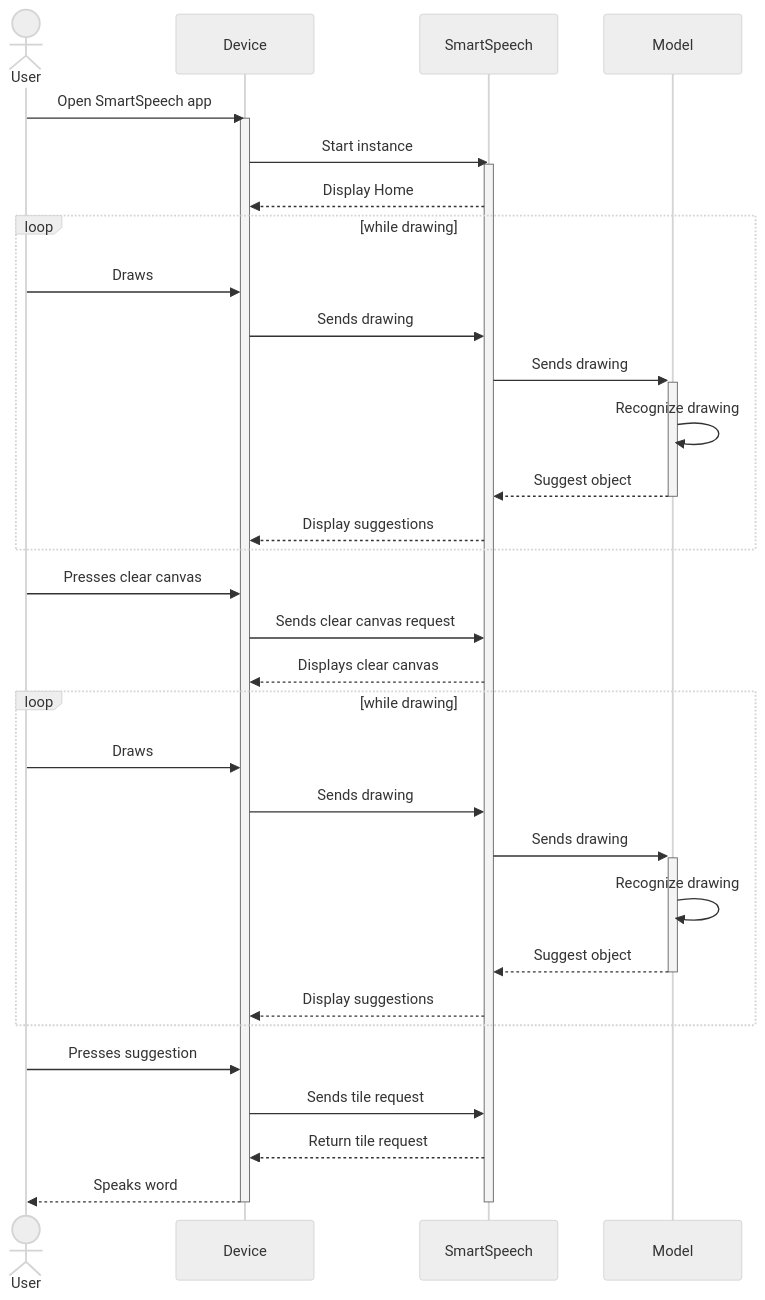
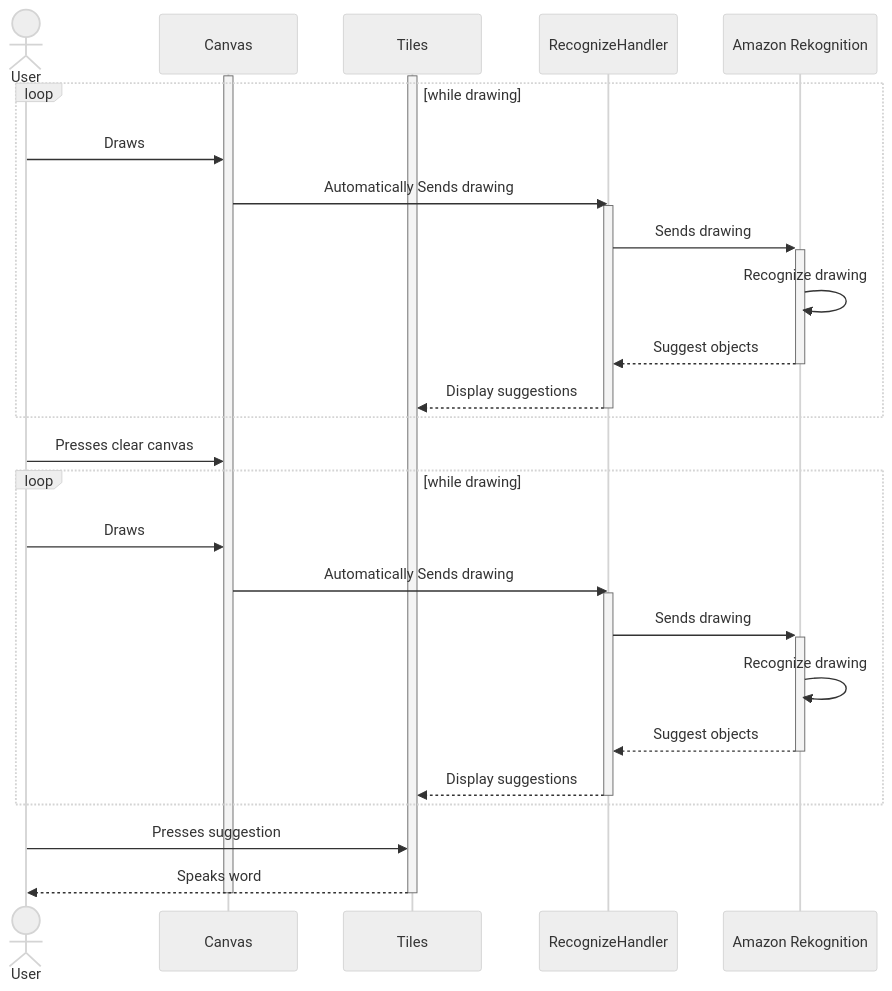
One commit to Capstone-Projects-2023-Fall/project-smartspeech changed the second of 9 diagrams in documentation/docs/system-architecture/SequenceDiagrams.md. Above: the diagram before and after it, drawn with Mermaid (neutral theme). The commit also changed other lines of this file, not shown here.

Commit message:
Update sequence diagrams based on feedback

````diff
--- a/documentation/docs/system-architecture/SequenceDiagrams.md
+++ b/documentation/docs/system-architecture/SequenceDiagrams.md
@@ -55,45 +52,41 @@
 ```mermaid
 sequenceDiagram
     actor U as User
-    participant D as Device
-    participant S as SmartSpeech
-    participant M as Model
+    participant C as Canvas
+    participant T as Tiles
+    participant RH as RecognizeHandler
+    participant AR as Amazon Rekognition
 
-    U->>D: Open SmartSpeech app
-    activate D
-    D->>S: Start instance
-    activate S
-    S-->>D: Display Home
+    activate C
+    activate T
     
     loop while drawing
-        U->>D: Draws
-        D->>S: Sends drawing
-        S->>+M: Sends drawing
-        M->>M: Recognize drawing
-        M-->>-S: Suggest object
-        S-->>D: Display suggestions
+        U->>C: Draws
+        C->>RH: Automatically Sends drawing
+        activate RH
+        RH->>+AR: Sends drawing
+        AR->>AR: Recognize drawing
+        AR-->>-RH: Suggest objects
+        RH-->>T: Display suggestions
+        deactivate RH
     end
 
-    U->>D: Presses clear canvas
-    D->>S: Sends clear canvas request
-    S-->>D: Displays clear canvas
-
+    U->>C: Presses clear canvas
 
     loop while drawing
-        U->>D: Draws
-        D->>S: Sends drawing
-        S->>+M: Sends drawing
-        M->>M: Recognize drawing
-        M-->>-S: Suggest object
-        S-->>D: Display suggestions
+        U->>C: Draws
+        C->>RH: Automatically Sends drawing
+        activate RH
+        RH->>+AR: Sends drawing
+        AR->>AR: Recognize drawing
+        AR-->>-RH: Suggest objects
+        RH-->>T: Display suggestions
+        deactivate RH
     end
+    
+    U->>T: Presses suggestion
+    T-->>U: Speaks word
 
-    
-    U->>D: Presses suggestion
-    D->>S: Sends tile request
-    S-->>D: Return tile request    
-    D-->>U: Speaks word
-
-    deactivate D
-    deactivate S
+    deactivate C
+    deactivate T
 ```
````
